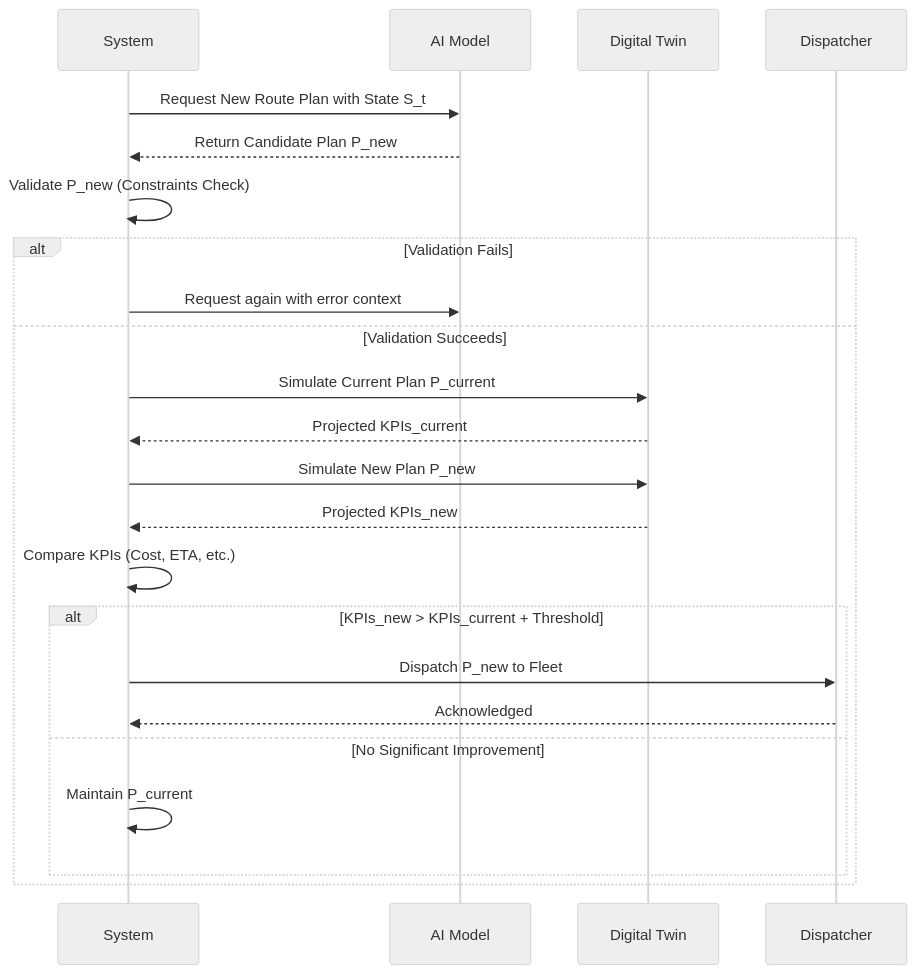
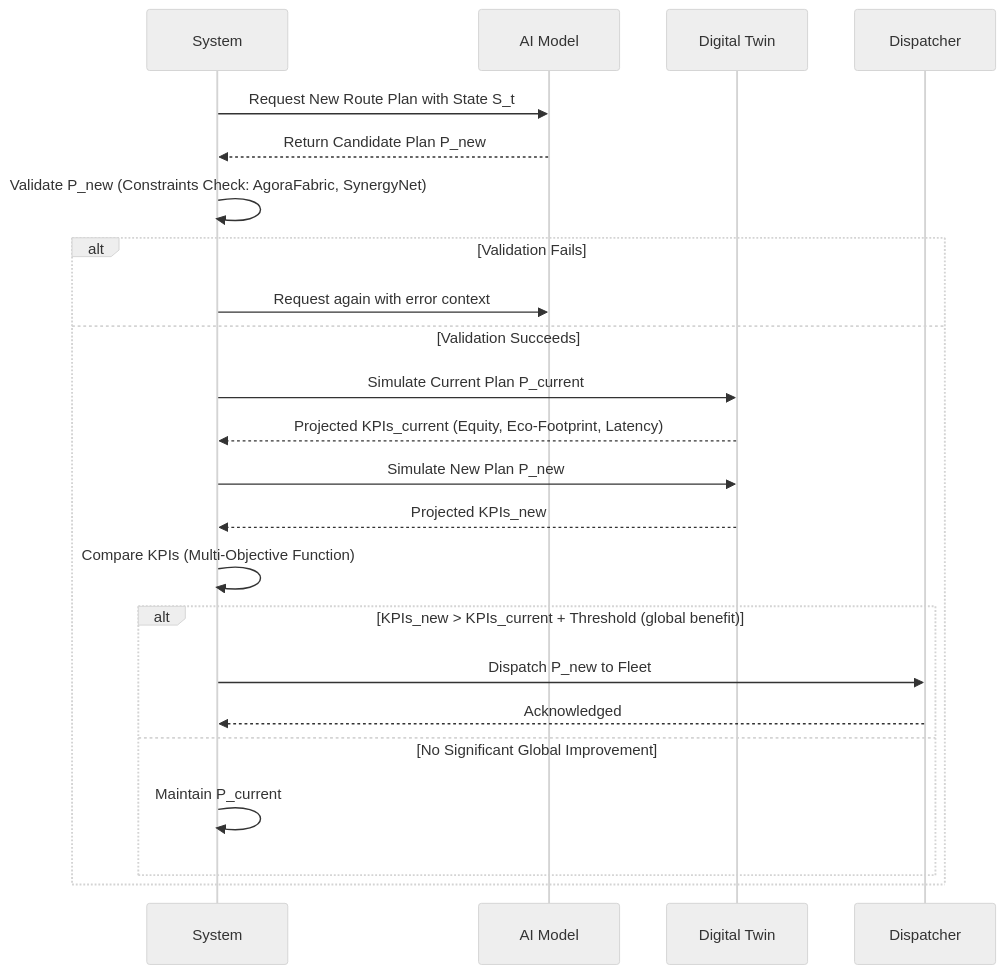
Before and after one commit to diplomat-bit/Citibank_Demo_Business_Inc_Demonstration-: the fifth of 13 diagrams in inventions/098_ai_realtime_logistics_optimization.md, drawn with Mermaid (neutral theme). The commit also changed other lines of this file, not shown here.

````diff
--- a/inventions/098_ai_realtime_logistics_optimization.md
+++ b/inventions/098_ai_realtime_logistics_optimization.md
@@ -217,26 +234,26 @@
 ```mermaid
 sequenceDiagram
     participant Sys as System
     participant AI as AI Model
     participant DT as Digital Twin
     participant Dispatcher
     
     Sys->>AI: Request New Route Plan with State S_t
     AI-->>Sys: Return Candidate Plan P_new
-    Sys->>Sys: Validate P_new (Constraints Check)
+    Sys->>Sys: Validate P_new (Constraints Check: AgoraFabric, SynergyNet)
     alt Validation Fails
         Sys->>AI: Request again with error context
     else Validation Succeeds
         Sys->>DT: Simulate Current Plan P_current
-        DT-->>Sys: Projected KPIs_current
+        DT-->>Sys: Projected KPIs_current (Equity, Eco-Footprint, Latency)
         Sys->>DT: Simulate New Plan P_new
         DT-->>Sys: Projected KPIs_new
-        Sys->>Sys: Compare KPIs (Cost, ETA, etc.)
-        alt KPIs_new > KPIs_current + Threshold
+        Sys->>Sys: Compare KPIs (Multi-Objective Function)
+        alt KPIs_new > KPIs_current + Threshold (global benefit)
             Sys->>Dispatcher: Dispatch P_new to Fleet
             Dispatcher-->>Sys: Acknowledged
-        else No Significant Improvement
+        else No Significant Global Improvement
             Sys->>Sys: Maintain P_current
         end
     end
 ```
````
